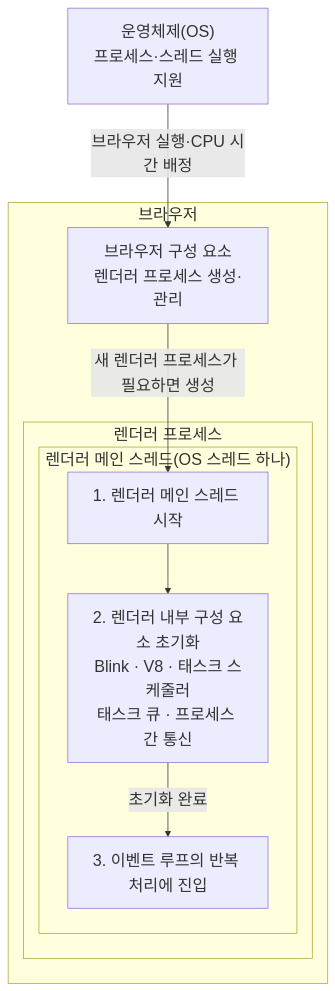
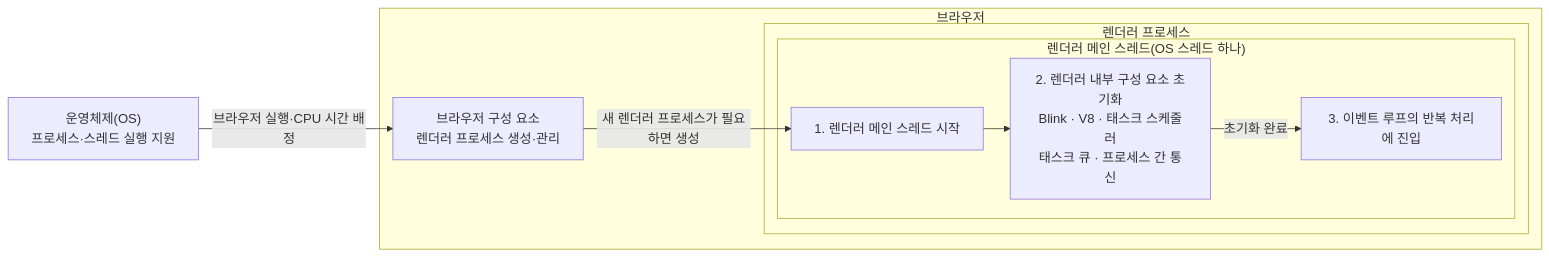
Before and after one commit to lee-gimoon/futures-paper-trading: the first of 2 diagrams in docs/frontend-study/06-main-thread-call-stack-and-event-loop.md, drawn with Mermaid. The commit also changed other lines of this file, not shown here.

Commit message:
docs: refine browser event loop diagrams

````diff
--- a/docs/frontend-study/06-main-thread-call-stack-and-event-loop.md
+++ b/docs/frontend-study/06-main-thread-call-stack-and-event-loop.md
@@ -27,22 +27,22 @@
 ```mermaid
-%%{init: {"themeVariables": {"fontSize": "21px"}, "flowchart": {"nodeSpacing": 55, "rankSpacing": 65}}}%%
-flowchart TB
+%%{init: {"themeVariables": {"fontSize": "17px"}, "flowchart": {"nodeSpacing": 30, "rankSpacing": 35}}}%%
+flowchart LR
   OS["운영체제(OS)<br/>프로세스·스레드 실행 지원"]
 
   subgraph BROWSER["브라우저"]
     COMPONENTS["브라우저 구성 요소<br/>렌더러 프로세스 생성·관리"]
 
     subgraph RENDERER["렌더러 프로세스"]
       subgraph MAIN["렌더러 메인 스레드(OS 스레드 하나)"]
         START["1. 렌더러 메인 스레드 시작"]
         INIT["2. 렌더러 내부 구성 요소 초기화<br/>Blink · V8 · 태스크 스케줄러<br/>태스크 큐 · 프로세스 간 통신"]
         READY["3. 이벤트 루프의 반복 처리에 진입"]
       end
     end
   end
 
   OS -->|"브라우저 실행·CPU 시간 배정"| COMPONENTS
   COMPONENTS -->|"새 렌더러 프로세스가 필요하면 생성"| START
   START --> INIT
   INIT -->|"초기화 완료"| READY
 ```
````
